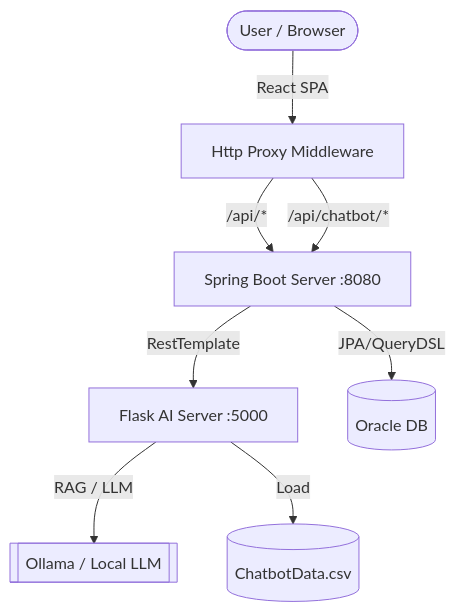
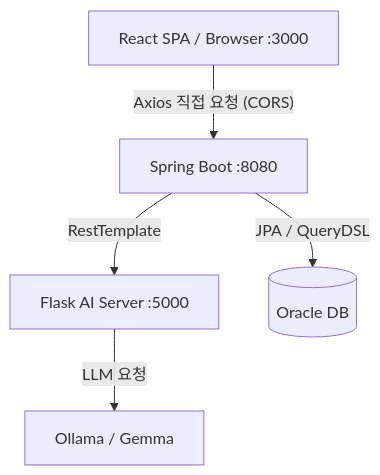
The diagram in README.md (LeeJaeHyun-git/Ats), drawn with Mermaid before and after one commit. The commit also changed other lines of this file, not shown here.

````diff
--- a/README.md
+++ b/README.md
@@ -33,10 +33,13 @@
 ```mermaid
-graph TD
-    User([User / Browser]) -->|React SPA| Proxy[Http Proxy Middleware]
-    Proxy -->|/api/*| Spring[Spring Boot Server :8080]
-    Proxy -->|/api/chatbot/*| Spring
-    Spring -->|RestTemplate| Flask[Flask AI Server :5000]
-    Spring -->|JPA/QueryDSL| DB[(Oracle DB)]
-    Flask -->|RAG / LLM| AI_Model[[Ollama / Local LLM]]
-    Flask -->|Load| CSV[(ChatbotData.csv)]
+flowchart TD
+    React["React SPA / Browser :3000"]
+    Spring["Spring Boot :8080"]
+    Flask["Flask AI Server :5000"]
+    DB[("Oracle DB")]
+    Ollama["Ollama / Gemma"]
+
+    React -->|"Axios 직접 요청 (CORS)"| Spring
+    Spring -->|"RestTemplate"| Flask
+    Spring -->|"JPA / QueryDSL"| DB
+    Flask -->|"LLM 요청"| Ollama
 ```
````
